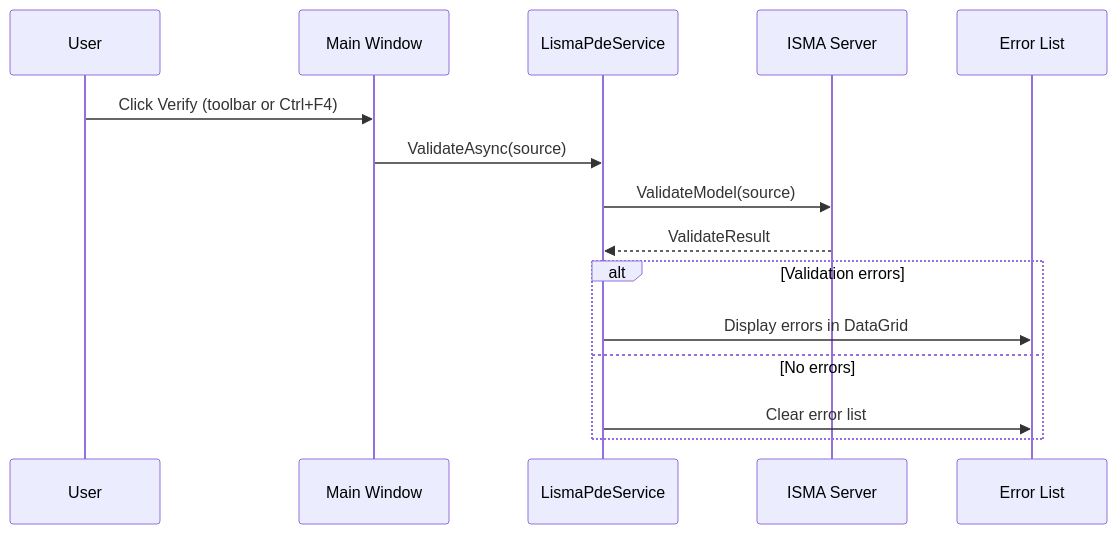
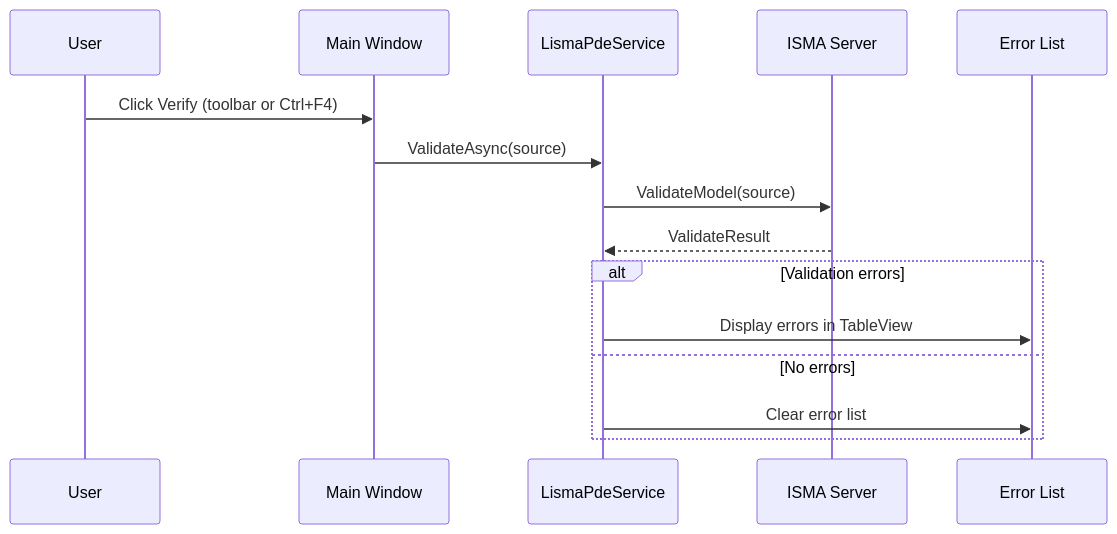
One commit to SmallBossGames/isma-ui-avalonia changed the second of 2 diagrams in docs/features/05-ux-reference.md. Above: the diagram before and after it, drawn with Mermaid. The commit also changed other lines of this file and 39 other files, not shown here.

````diff
--- a/docs/features/05-ux-reference.md
+++ b/docs/features/05-ux-reference.md
@@ -577,19 +577,19 @@
 ```mermaid
 sequenceDiagram
     participant User
     participant UI as Main Window
     participant PdeSvc as LismaPdeService
     participant Server as ISMA Server
     participant Errors as Error List
 
     User->>UI: Click Verify (toolbar or Ctrl+F4)
     UI->>PdeSvc: ValidateAsync(source)
     PdeSvc->>Server: ValidateModel(source)
     Server-->>PdeSvc: ValidateResult
 
     alt Validation errors
-        PdeSvc->>Errors: Display errors in DataGrid
+        PdeSvc->>Errors: Display errors in TableView
     else No errors
         PdeSvc->>Errors: Clear error list
     end
 ```
````
